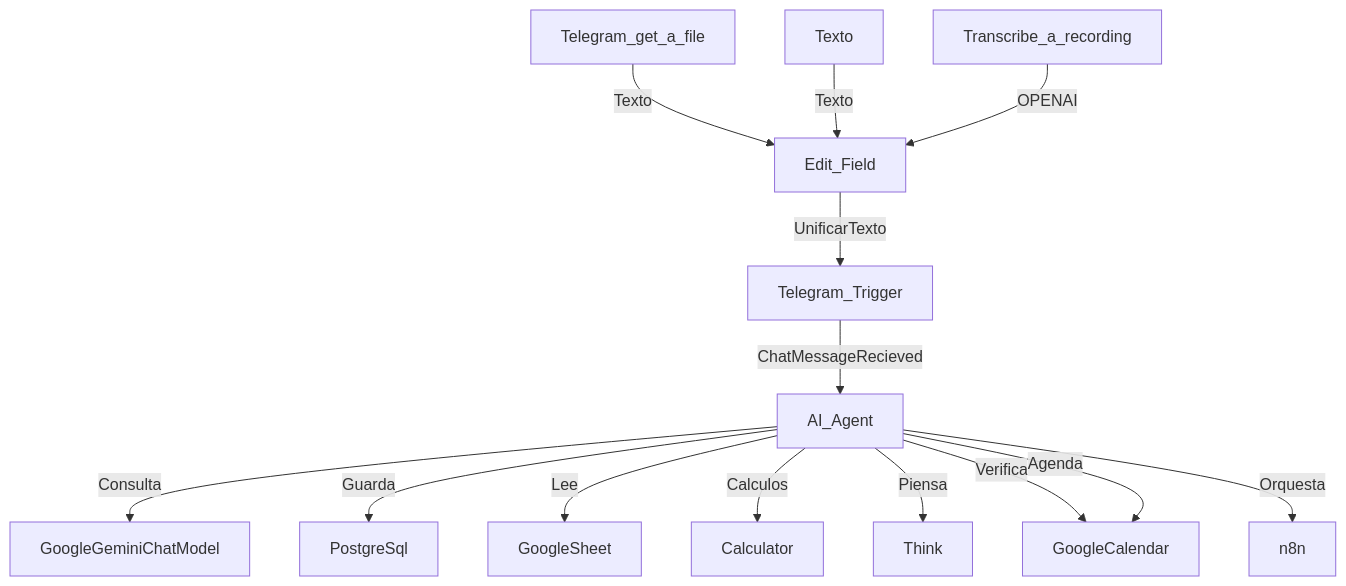
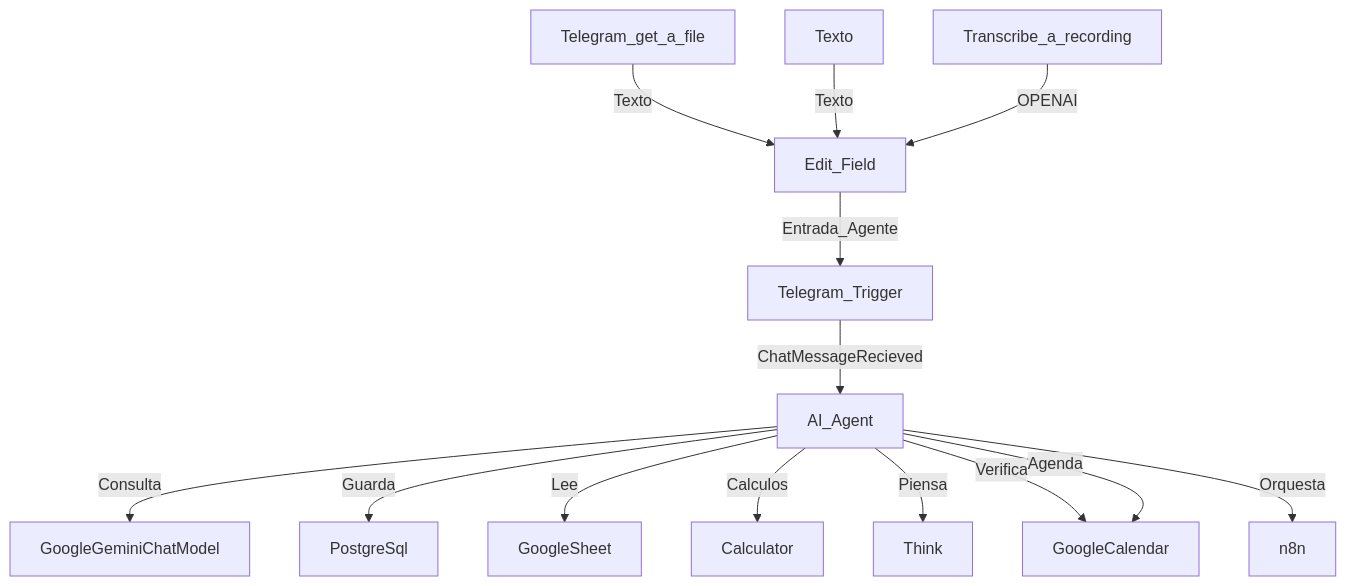
One commit to liusvani/ia-agent-n8n-telegram changed the diagram in README.md. Above: the diagram before and after it, drawn with Mermaid.

Commit message:
README.md

````diff
--- a/README.md
+++ b/README.md
@@ -25,16 +25,16 @@
 ```mermaid
 graph TD   
     Telegram_get_a_file -->|Texto| Edit_Field 
     Texto -->|Texto| Edit_Field
     Transcribe_a_recording -->|OPENAI| Edit_Field
-    Edit_Field -->|UnificarTexto| Telegram_Trigger
+    Edit_Field -->|Entrada_Agente| Telegram_Trigger
     Telegram_Trigger -->|ChatMessageRecieved| AI_Agent
     AI_Agent -->|Consulta| GoogleGeminiChatModel
     AI_Agent -->|Guarda| PostgreSql
     AI_Agent -->|Lee| GoogleSheet
     AI_Agent -->|Calculos| Calculator
     AI_Agent -->|Piensa| Think
     AI_Agent -->|Verifica| GoogleCalendar
     AI_Agent -->|Agenda| GoogleCalendar    
     AI_Agent -->|Orquesta| n8n
 ```
````
